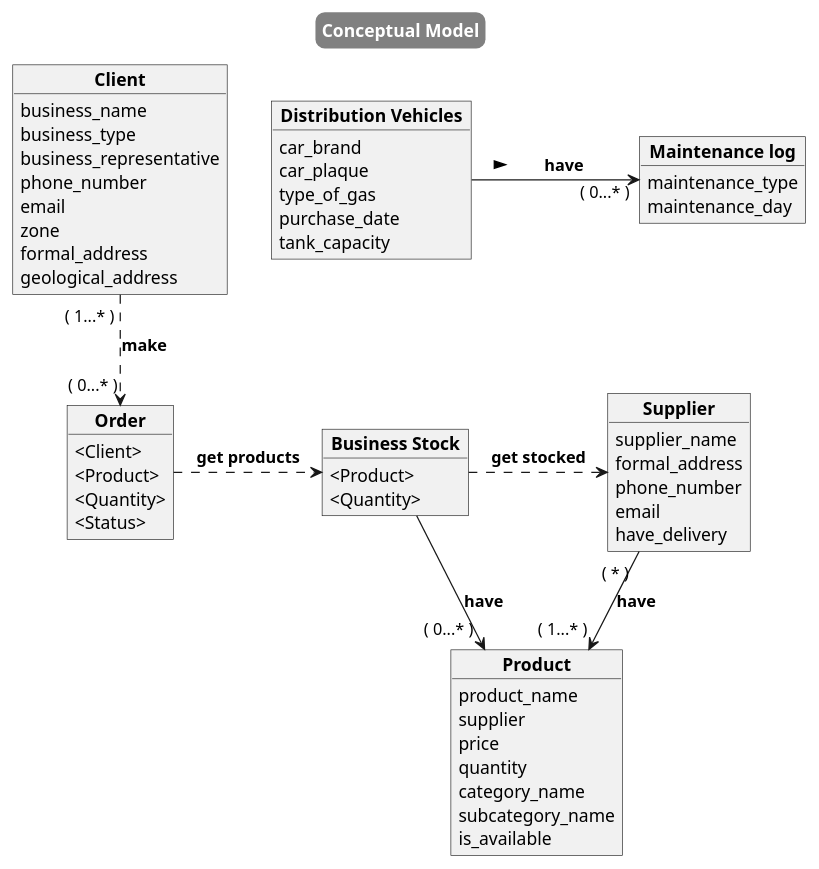
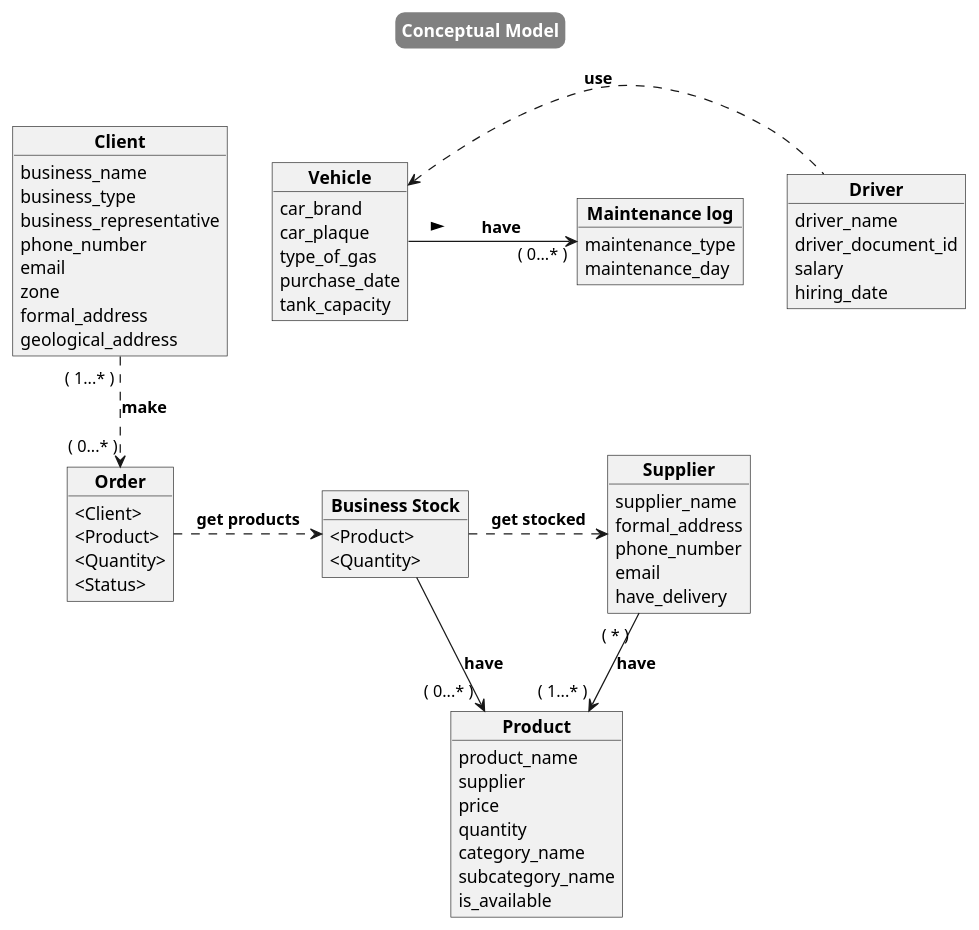
One commit to hros19/CorreCaminos-management-system changed the diagram in database_diagram.wsd. Above: the diagram before and after it, drawn with PlantUML.

```diff
--- a/database_diagram.wsd
+++ b/database_diagram.wsd
@@ -1,71 +1,79 @@
 @startuml Conceptual Database Model
 
 skinparam TitleBorderRoundCorner 15
 skinparam TitleBorderThickness 3
 skinparam TitleBackgroundColor gray
 skinparam TitleFontColor white
 
 title Conceptual Model
 
 object "**Client**" as Client {
     business_name
     business_type
     business_representative
     phone_number
     email
     zone
     formal_address
     geological_address
 }
 
-object "**Distribution Vehicles**" as DistributionVehicles {
+object "**Driver**" as Driver {
+    driver_name
+    driver_document_id
+    salary
+    hiring_date
+}
+ 
+object "**Vehicle**" as Vehicle {
     car_brand
     car_plaque
     type_of_gas
     purchase_date
     tank_capacity
 }
 
 object "**Maintenance log**" as MaintenanceLog {
     maintenance_type
     maintenance_day
 }
 
 object "**Business Stock**" as BusinessStock {
     <Product> 
     <Quantity>
 }
 
 object "**Order**" as Order {
     <Client>
     <Product> 
     <Quantity>
     <Status>
 }
 
 object "**Product**" as Product {
     product_name
     supplier
     price
     quantity
     category_name
     subcategory_name
     is_available
 }
 
 object "**Supplier**" as Supplier {
     supplier_name
     formal_address
     phone_number
     email
     have_delivery
 }
 
 BusinessStock .> Supplier : "**get stocked**"
+Vehicle  <. Driver : "**use**"
 Client " ( 1...* ) " ..> "( 0...* )" Order : "**make**"
 Supplier " ( * ) " --> " ( 1...* ) " Product : "**have**"
 Product " ( 0...* ) " <-- BusinessStock : "**have**" 
 Order .> BusinessStock : "**get products**"
-DistributionVehicles -> "( 0...* )" MaintenanceLog : \t**have**\t >
+Vehicle -> "( 0...* )" MaintenanceLog : \t**have**\t >
 
 @enduml
```
